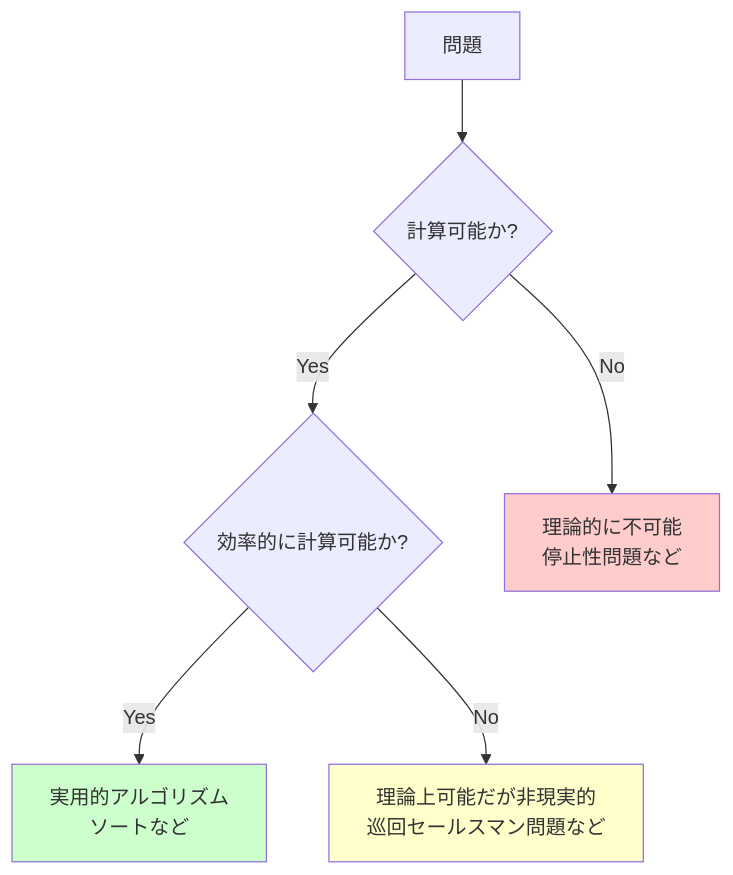
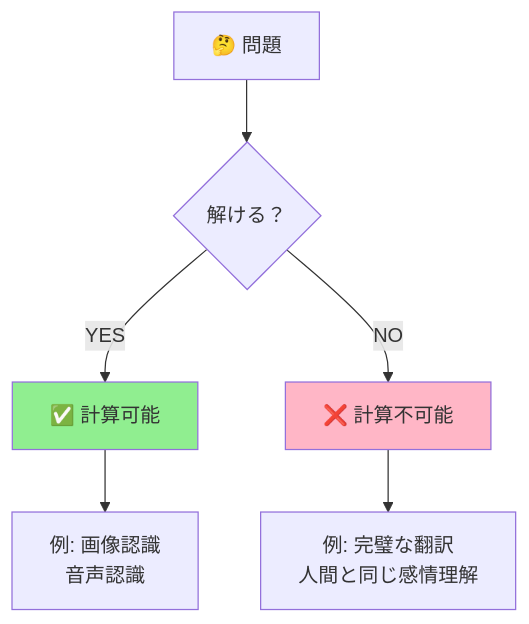
One commit to SparklingDetergent/doc_genai_mental_model changed the third of 20 diagrams in AI/BySpecialty/InformationScience/README.MD. Above: the diagram before and after it, drawn with Mermaid. The commit also changed other lines of this file, not shown here.

````diff
--- a/AI/BySpecialty/InformationScience/README.MD
+++ b/AI/BySpecialty/InformationScience/README.MD
@@ -142,12 +101,12 @@
 ```mermaid
 graph TD
-    A[問題] --> B{計算可能か?}
-    B -->|Yes| C{効率的に計算可能か?}
-    B -->|No| D[理論的に不可能<br/>停止性問題など]
-    C -->|Yes| E[実用的アルゴリズム<br/>ソートなど]
-    C -->|No| F[理論上可能だが非現実的<br/>巡回セールスマン問題など]
+    A[🤔 問題] --> B{解ける？}
+    B -->|YES| C[✅ 計算可能]
+    B -->|NO| D[❌ 計算不可能]
     
-    style D fill:#ffcccc
-    style E fill:#ccffcc
-    style F fill:#ffffcc
+    C --> E[例: 画像認識<br/>音声認識]
+    D --> F[例: 完璧な翻訳<br/>人間と同じ感情理解]
+    
+    style C fill:#90EE90
+    style D fill:#FFB6C6
 ```
````
